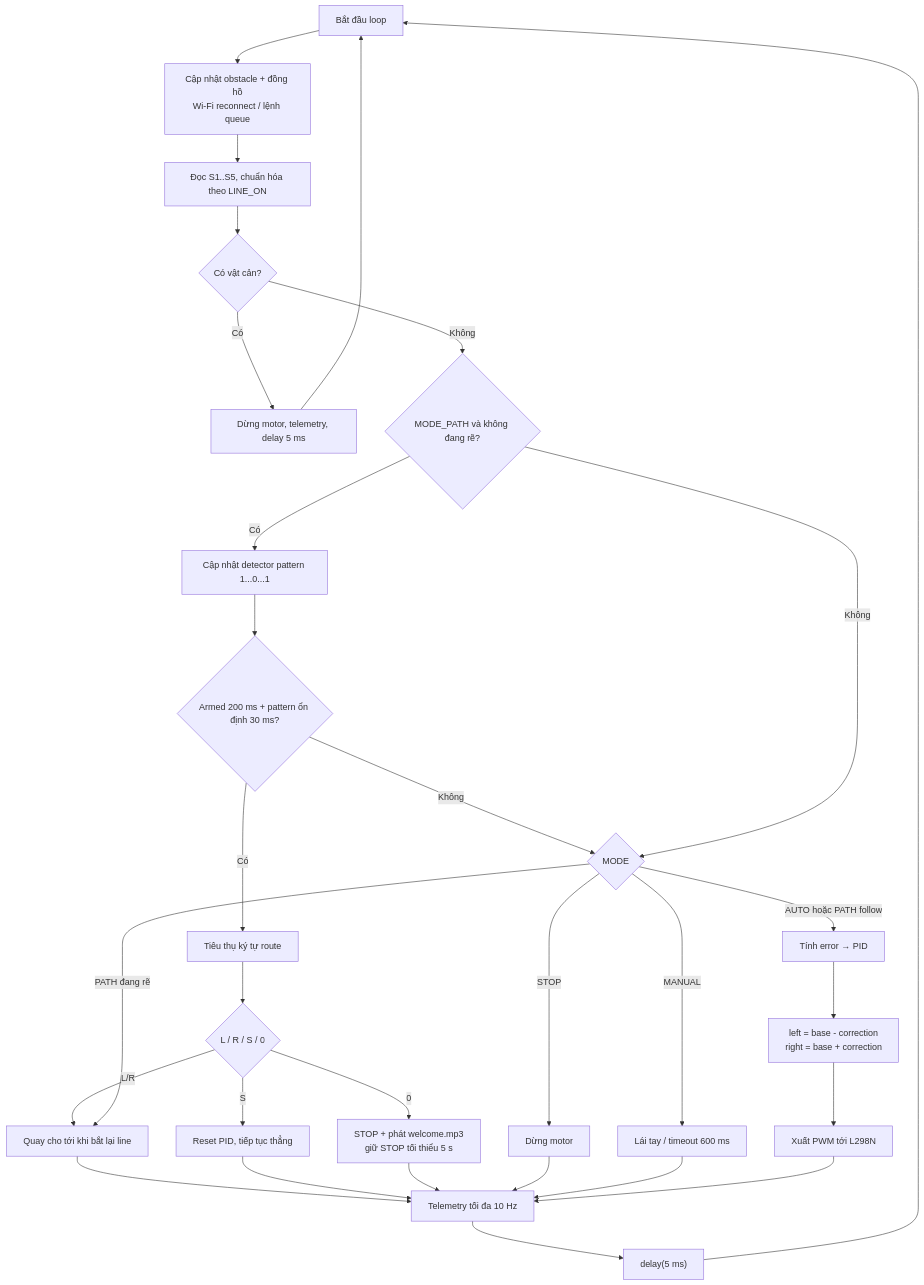
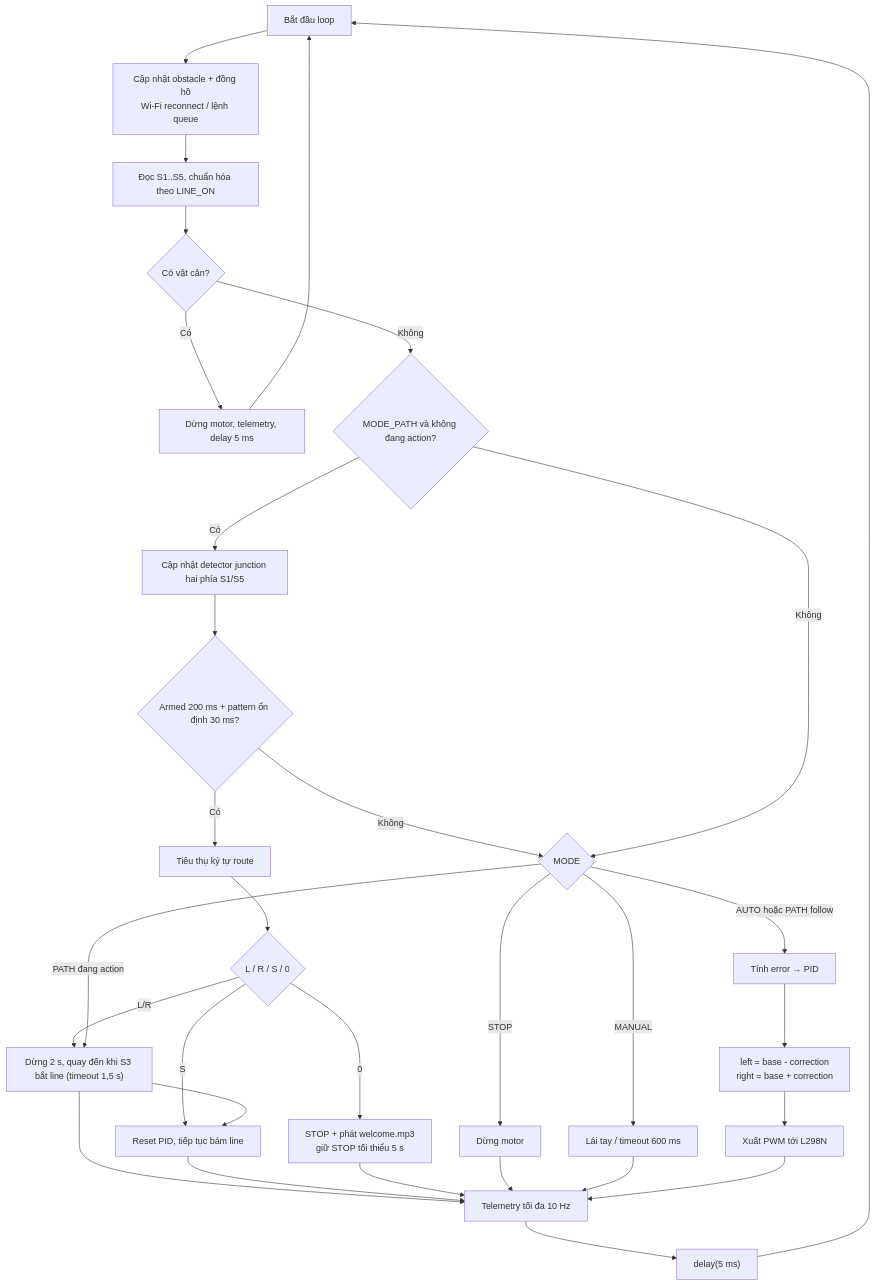
One commit to FLG-FelixLight/robot changed the fourth of 6 diagrams in BAO_CAO_SO_BO.md. Above: the diagram before and after it, drawn with Mermaid. The commit also changed other lines of this file and 19 other files, not shown here.

````diff
--- a/BAO_CAO_SO_BO.md
+++ b/BAO_CAO_SO_BO.md
@@ -282,32 +281,33 @@
 ```mermaid
 flowchart TD
     A["Bắt đầu loop"] --> B["Cập nhật obstacle + đồng hồ<br/>Wi-Fi reconnect / lệnh queue"]
     B --> C["Đọc S1..S5, chuẩn hóa theo LINE_ON"]
     C --> D{"Có vật cản?"}
     D -->|"Có"| X["Dừng motor, telemetry, delay 5 ms"]
-    D -->|"Không"| E{"MODE_PATH và không đang rẽ?"}
-    E -->|"Có"| F["Cập nhật detector pattern 1...0...1"]
+    D -->|"Không"| E{"MODE_PATH và không đang action?"}
+    E -->|"Có"| F["Cập nhật detector junction hai phía S1/S5"]
     F --> G{"Armed 200 ms + pattern ổn định 30 ms?"}
     G -->|"Có"| H["Tiêu thụ ký tự route"]
     H --> I{"L / R / S / 0"}
-    I -->|"L/R"| J["Quay cho tới khi bắt lại line"]
-    I -->|"S"| K["Reset PID, tiếp tục thẳng"]
+    I -->|"L/R"| J["Dừng 2 s, quay đến khi S3 bắt line (timeout 1,5 s)"]
+    I -->|"S"| K["Dừng 2 s, chạy thẳng 0,5 s"]
+    J --> K["Reset PID, tiếp tục bám line"]
     I -->|"0"| L["STOP + phát welcome.mp3<br/>giữ STOP tối thiểu 5 s"]
     G -->|"Không"| M
     E -->|"Không"| M{"MODE"}
     M -->|"STOP"| N["Dừng motor"]
     M -->|"MANUAL"| O["Lái tay / timeout 600 ms"]
-    M -->|"PATH đang rẽ"| J
+    M -->|"PATH đang action"| J
     M -->|"AUTO hoặc PATH follow"| P["Tính error → PID"]
     P --> Q["left = base - correction<br/>right = base + correction"]
     Q --> R["Xuất PWM tới L298N"]
     J --> S["Telemetry tối đa 10 Hz"]
     K --> S
     L --> S
     N --> S
     O --> S
     R --> S
     X --> A
     S --> T["delay(5 ms)"]
     T --> A
 ```
````
